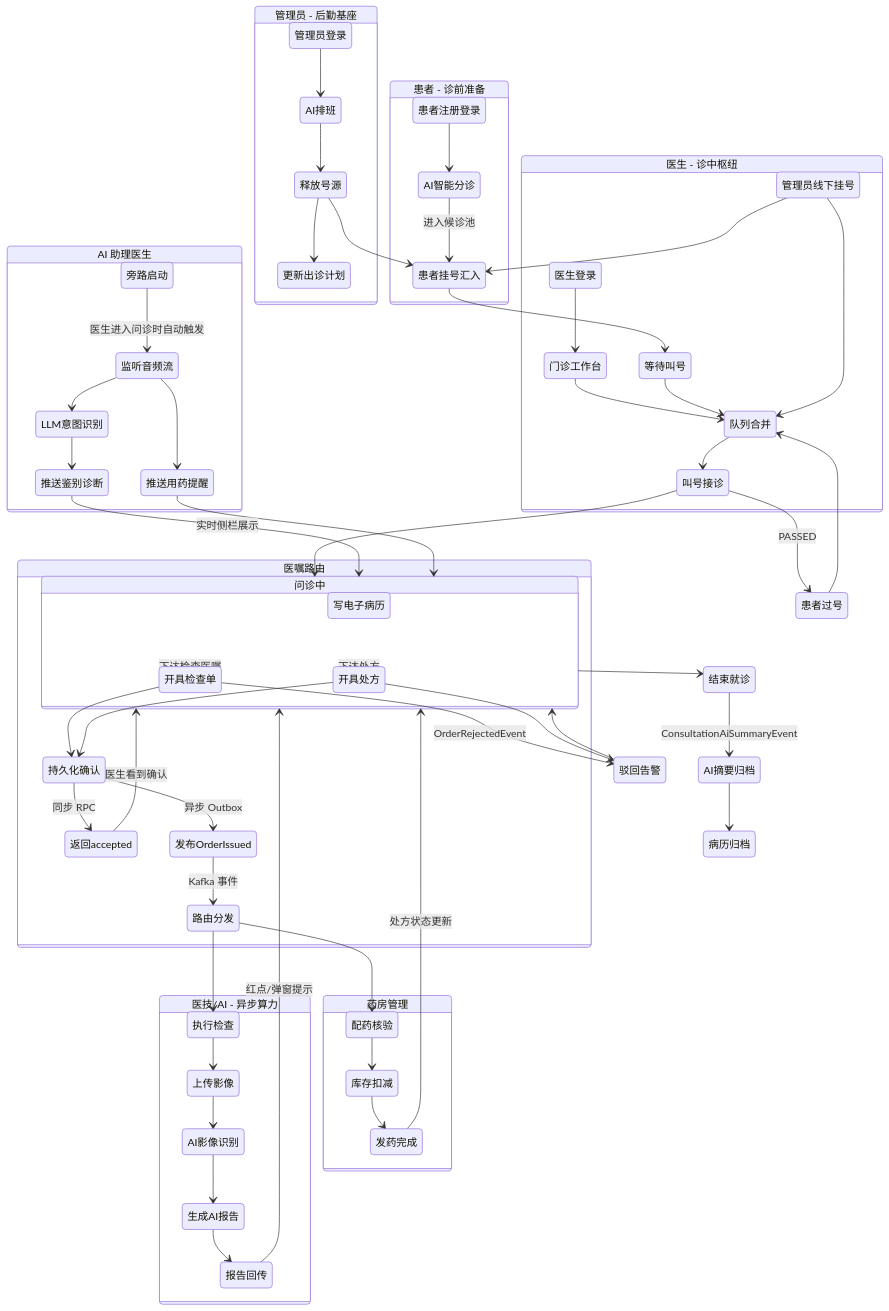
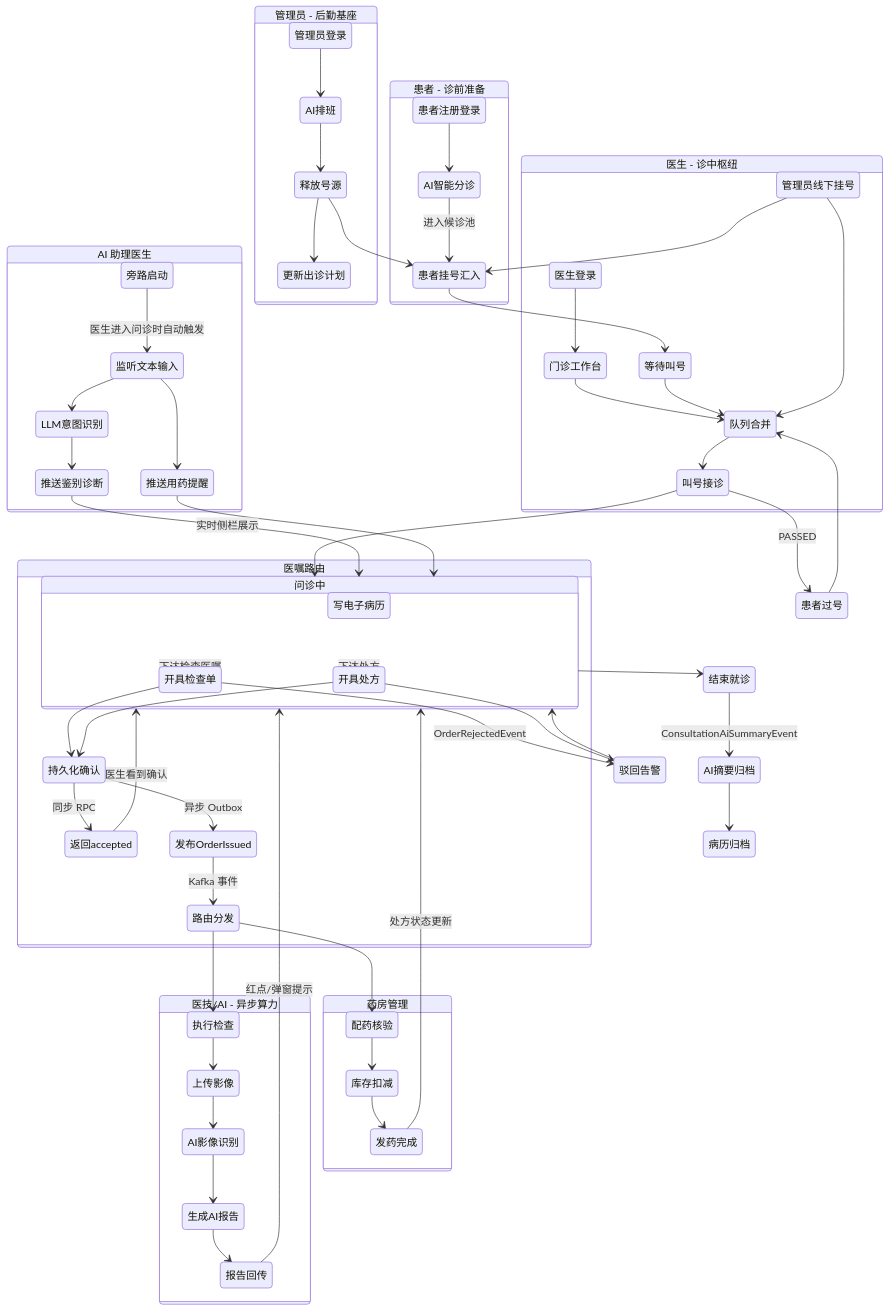
The first of 2 diagrams in doc/活动图.md (suchuye/cloud-brain-), drawn with Mermaid before and after one commit. The commit also changed other lines of this file and 7 other files, not shown here.

```diff
--- a/doc/活动图.md
+++ b/doc/活动图.md
@@ -42,11 +42,11 @@
 
     %% ===== AI 助理联动 =====
     state AI助理 {
-        旁路启动 --> 监听音频流: 医生进入问诊时自动触发
-        监听音频流 --> LLM意图识别
+        旁路启动 --> 监听文本输入: 医生进入问诊时自动触发
+        监听文本输入 --> LLM意图识别
         LLM意图识别 --> 推送鉴别诊断
         推送鉴别诊断 --> 问诊中: 实时侧栏展示
-        监听音频流 --> 推送用药提醒
+        监听文本输入 --> 推送用药提醒
         推送用药提醒 --> 问诊中
     }
 
```
